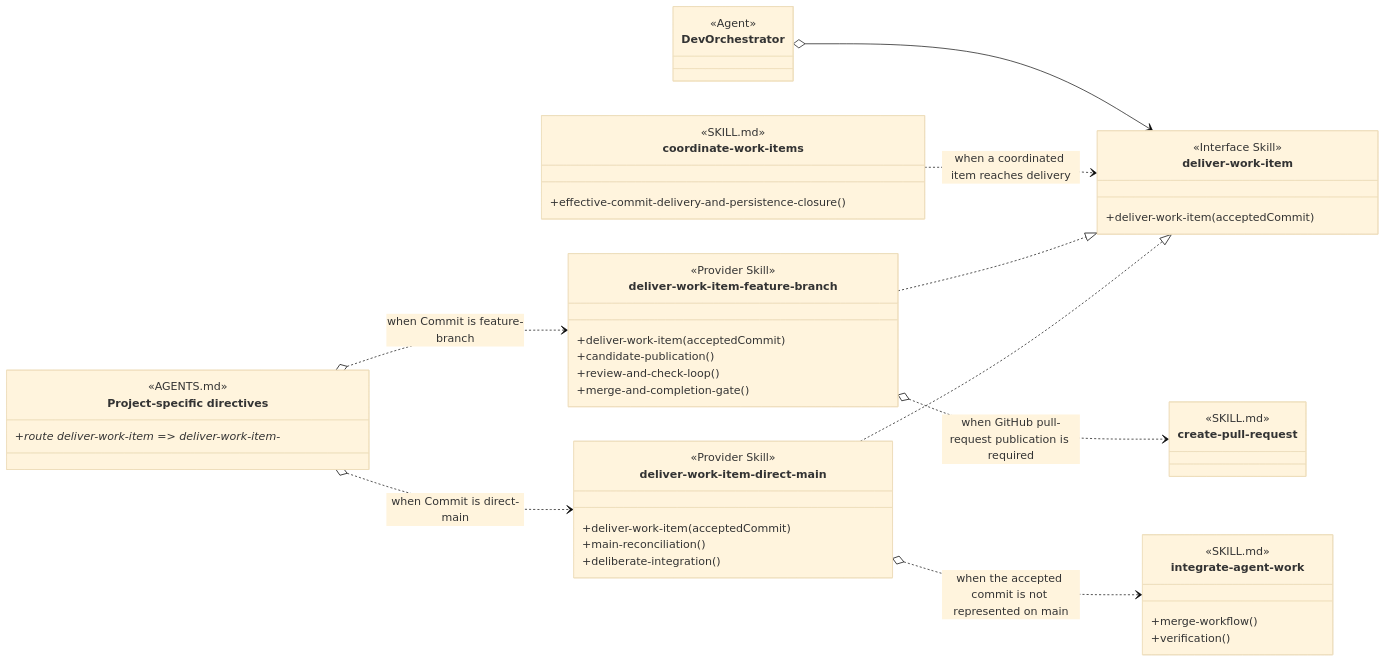
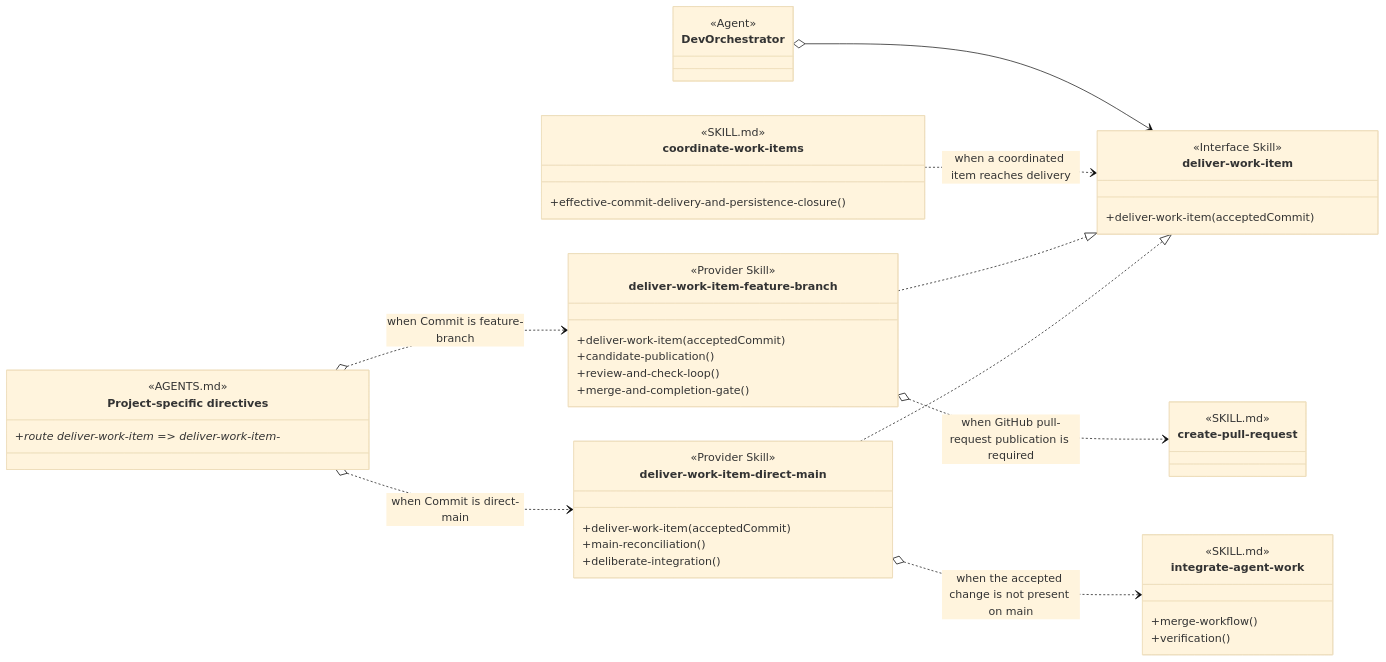
One commit to martinbechard/dev-methodology changed the sixth of 6 diagrams in design/skill-groups/concurrent-tasking.md. Above: the diagram before and after it, drawn with Mermaid (base theme). The commit also changed other lines of this file and 3 other files, not shown here.

Commit message:
Clarify direct-main integration condition

````diff
--- a/design/skill-groups/concurrent-tasking.md
+++ b/design/skill-groups/concurrent-tasking.md
@@ -449,60 +449,60 @@
 ```mermaid
 classDiagram
     direction LR
 
     class DevOrchestrator {
         <<Agent>>
     }
 
     class coordinate-work-items {
         <<SKILL.md>>
         <<Agent Skill>>
         +effective-commit-delivery-and-persistence-closure()
     }
 
     class project-specific-directives["Project-specific directives"] {
         <<AGENTS.md>>
         <<routing>>
         +route deliver-work-item => deliver-work-item-*
     }
 
     class DeliverWorkItem["deliver-work-item"] {
         <<Interface Skill>>
         +deliver-work-item(acceptedCommit)
     }
 
     class deliver-work-item-feature-branch {
         <<Provider Skill>>
         +deliver-work-item(acceptedCommit)
         +candidate-publication()
         +review-and-check-loop()
         +merge-and-completion-gate()
     }
 
     class deliver-work-item-direct-main {
         <<Provider Skill>>
         <<Cross-group>>
         +deliver-work-item(acceptedCommit)
         +main-reconciliation()
         +deliberate-integration()
     }
 
     class create-pull-request {
         <<SKILL.md>>
     }
 
     class integrate-agent-work {
         <<SKILL.md>>
         +merge-workflow()
         +verification()
     }
 
     DevOrchestrator o--> DeliverWorkItem
     coordinate-work-items ..> DeliverWorkItem : when a coordinated item reaches delivery
     project-specific-directives o..> deliver-work-item-feature-branch : when Commit is feature-branch
     project-specific-directives o..> deliver-work-item-direct-main : when Commit is direct-main
     deliver-work-item-feature-branch ..|> DeliverWorkItem
     deliver-work-item-direct-main ..|> DeliverWorkItem
     deliver-work-item-feature-branch o..> create-pull-request : when GitHub pull-request publication is required
-    deliver-work-item-direct-main o..> integrate-agent-work : when the accepted commit is not represented on main
+    deliver-work-item-direct-main o..> integrate-agent-work : when the accepted change is not present on main
 ```
````
